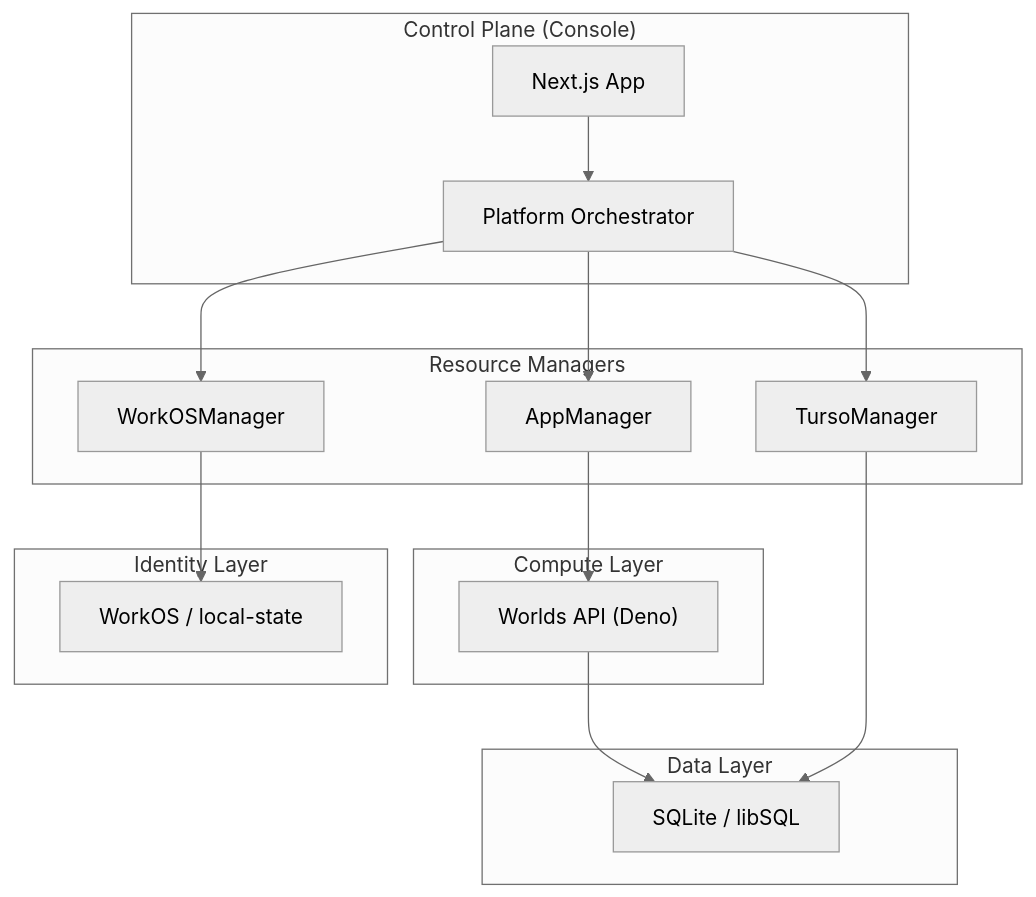
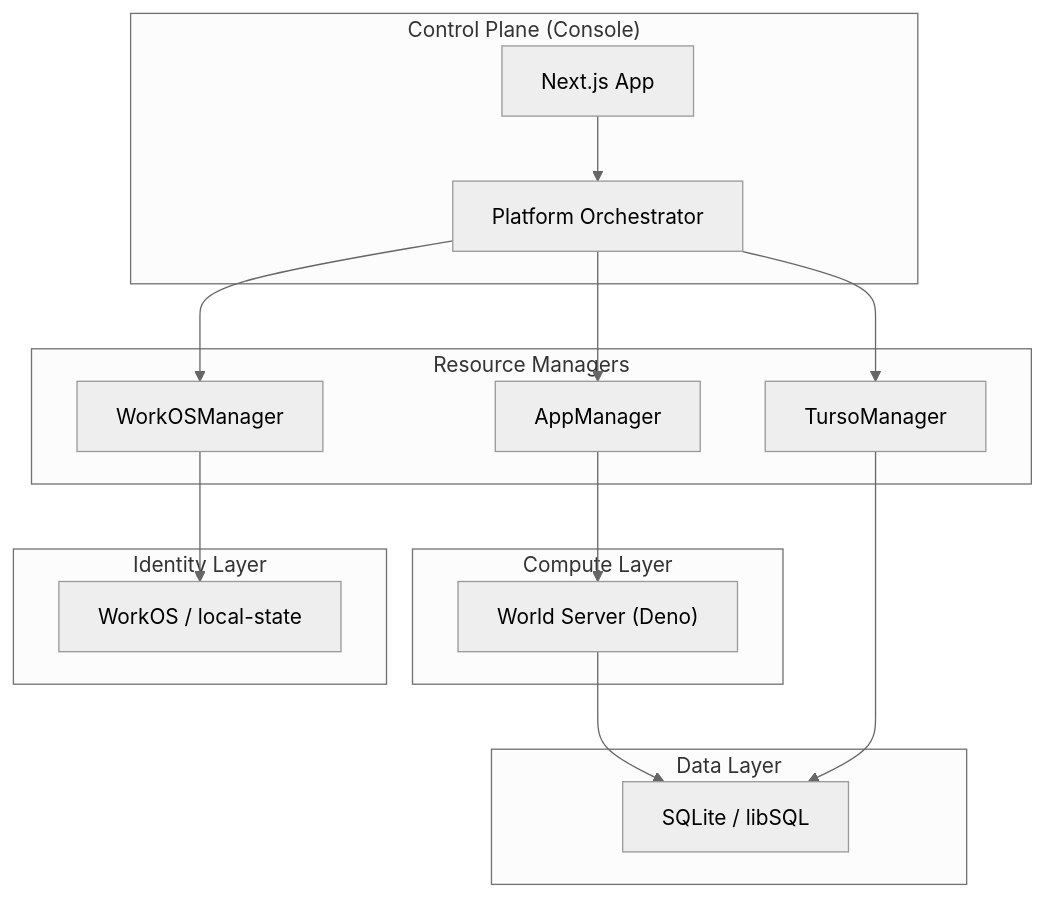
The diagram in packages/docs/developer-platform/concepts/architecture.mdx (wazootech/worlds-api), drawn with Mermaid (neutral theme) before and after one commit. The commit also changed 18 other files, not shown here.

Commit message:
docs: rename 'Worlds API' references to modern platform terminology

````diff
--- a/packages/docs/developer-platform/concepts/architecture.mdx
+++ b/packages/docs/developer-platform/concepts/architecture.mdx
@@ -22,25 +22,25 @@
 ```mermaid
 graph TD
     subgraph "Control Plane (Console)"
         Console[Next.js App] --> Platform[Platform Orchestrator]
     end
 
     subgraph "Resource Managers"
         Platform --> WorkOSManager
         Platform --> AppManager
         Platform --> TursoManager
     end
 
     subgraph "Compute Layer"
-        AppManager --> WorldServer["Worlds API (Deno)"]
+        AppManager --> WorldServer["World Server (Deno)"]
     end
 
     subgraph "Data Layer"
         WorldServer --> SQLite["SQLite / libSQL"]
         TursoManager --> SQLite
     end
 
     subgraph "Identity Layer"
         WorkOSManager --> AuthKIT["WorkOS / local-state"]
     end
 ```
````
